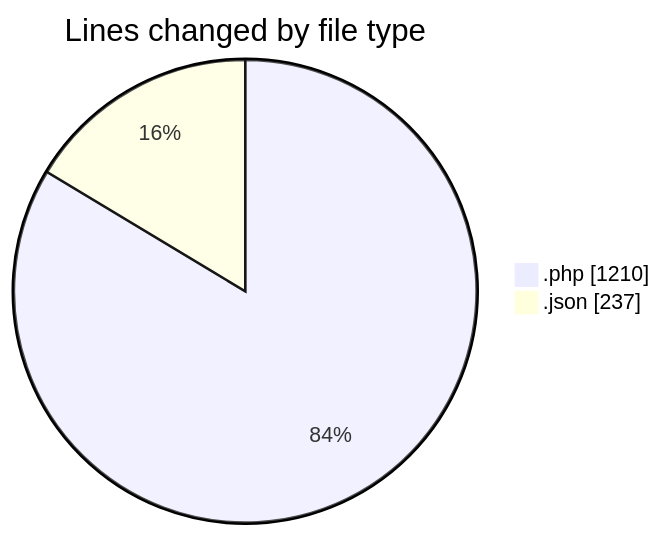
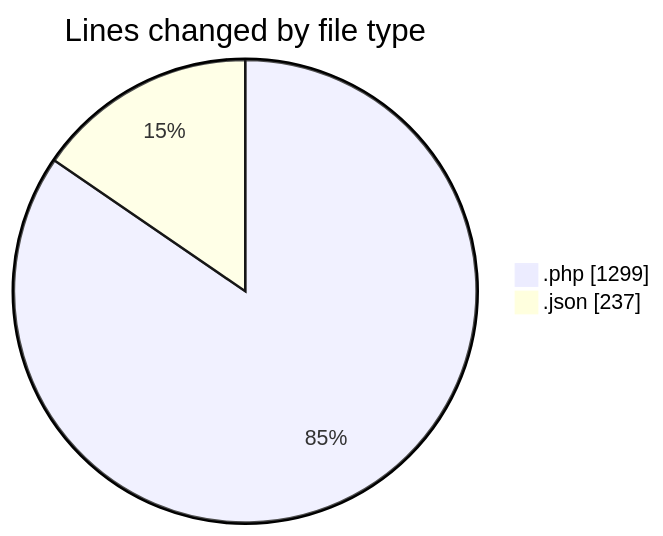
Before and after one commit to idhammustaqopulfikri/code-tracking: the first of 2 diagrams in 2025-06-22/studio-backend/README.md, drawn with Mermaid. The commit also changed other lines of this file and 1 other file, not shown here.

````diff
--- a/2025-06-22/studio-backend/README.md
+++ b/2025-06-22/studio-backend/README.md
@@ -25,6 +25,6 @@
 ```mermaid
 pie showData
 title Lines changed by file type
-".php" : 1210
+".php" : 1299
 ".json" : 237
 ```
````
